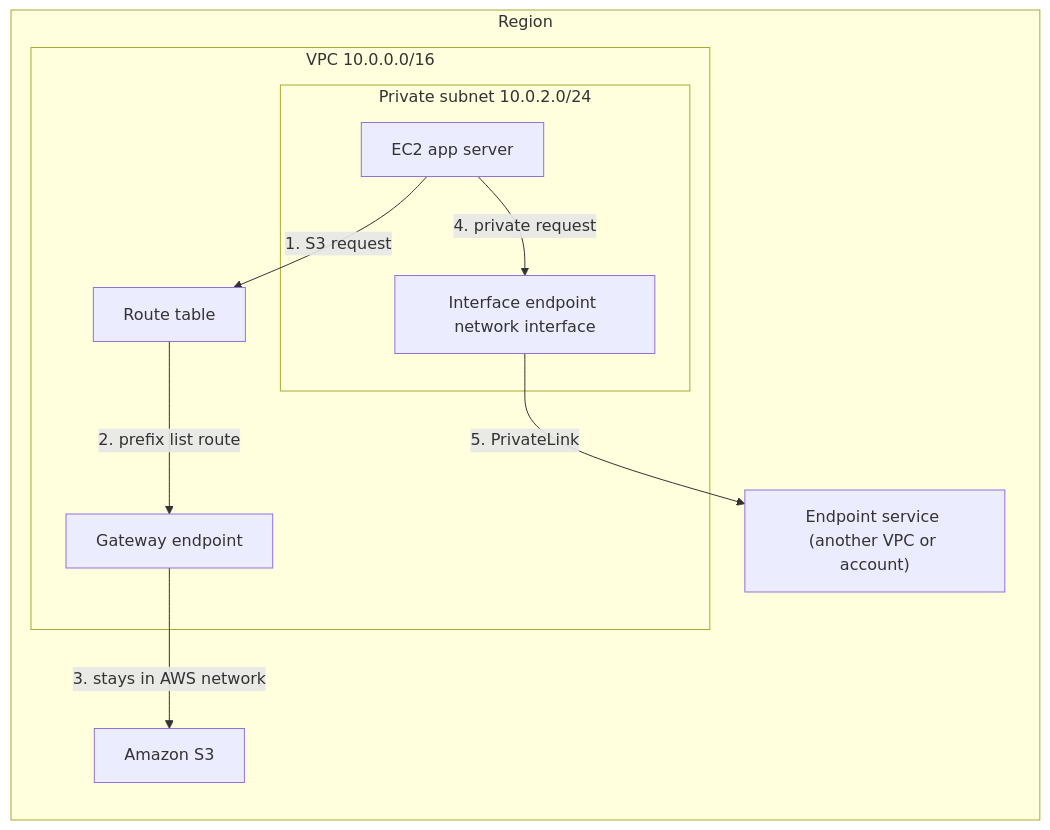
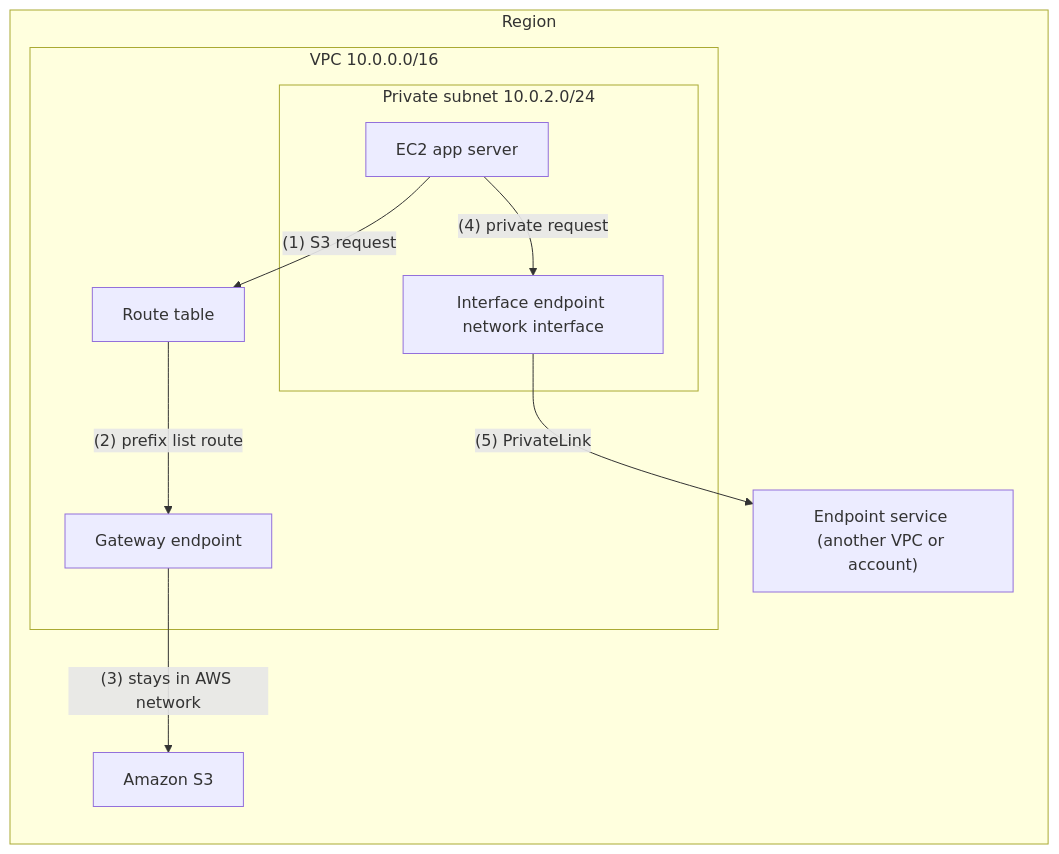
Before and after one commit to firmanains/Belajar: the first of 2 diagrams in AWS/SAA/vpc/vpc-endpoints-and-privatelink.md, drawn with Mermaid. The commit also changed 14 other files, not shown here.

First line of the commit message:
Fix Mermaid labels that rendered as "Unsupported markdown"

````diff
--- a/AWS/SAA/vpc/vpc-endpoints-and-privatelink.md
+++ b/AWS/SAA/vpc/vpc-endpoints-and-privatelink.md
@@ -33,20 +33,20 @@
 ```mermaid
 flowchart LR
   subgraph rg["Region"]
     subgraph vpc["VPC 10.0.0.0/16"]
       subgraph priv["Private subnet 10.0.2.0/24"]
         app["EC2 app server"]
         eni["Interface endpoint network interface"]
       end
       rt["Route table"]
       gwe["Gateway endpoint"]
     end
     s3["Amazon S3"]
     svc["Endpoint service (another VPC or account)"]
   end
-  app -->|1. S3 request| rt
-  rt -->|2. prefix list route| gwe
-  gwe -->|3. stays in AWS network| s3
-  app -->|4. private request| eni
-  eni -->|5. PrivateLink| svc
+  app -->|"(1) S3 request"| rt
+  rt -->|"(2) prefix list route"| gwe
+  gwe -->|"(3) stays in AWS network"| s3
+  app -->|"(4) private request"| eni
+  eni -->|"(5) PrivateLink"| svc
 ```
````
